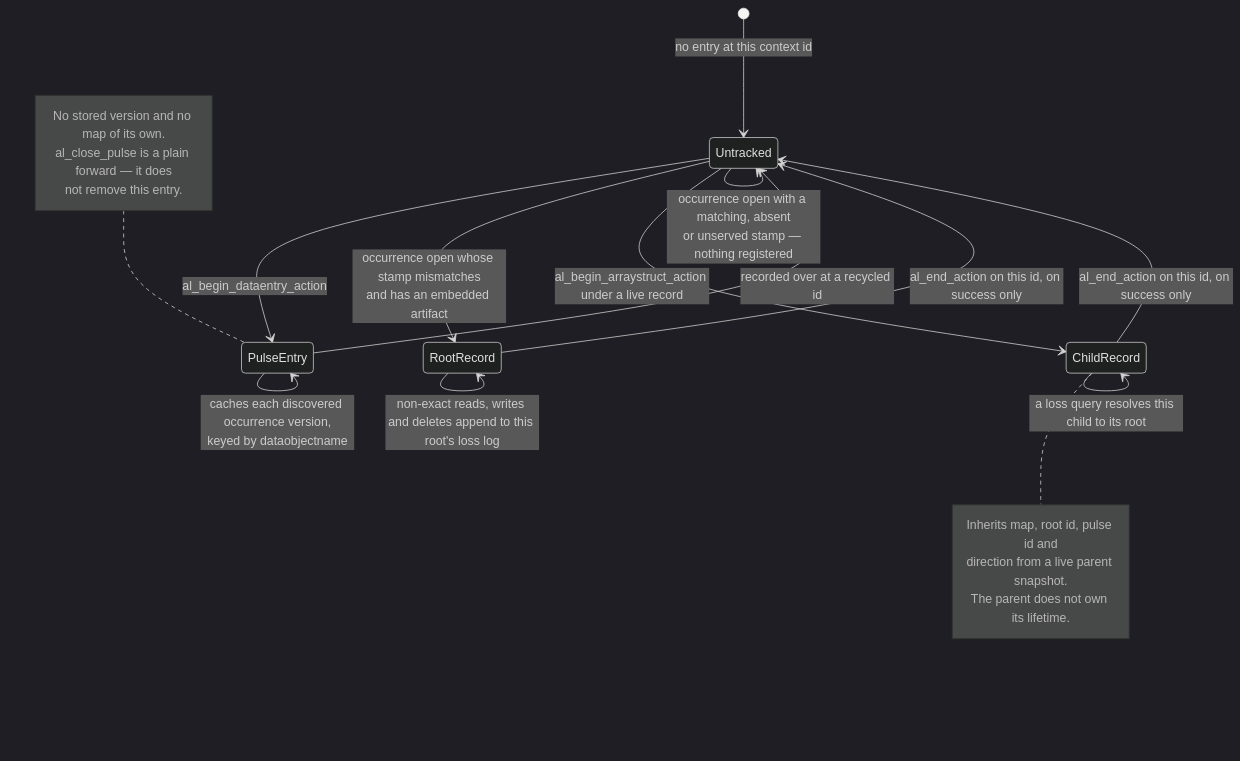
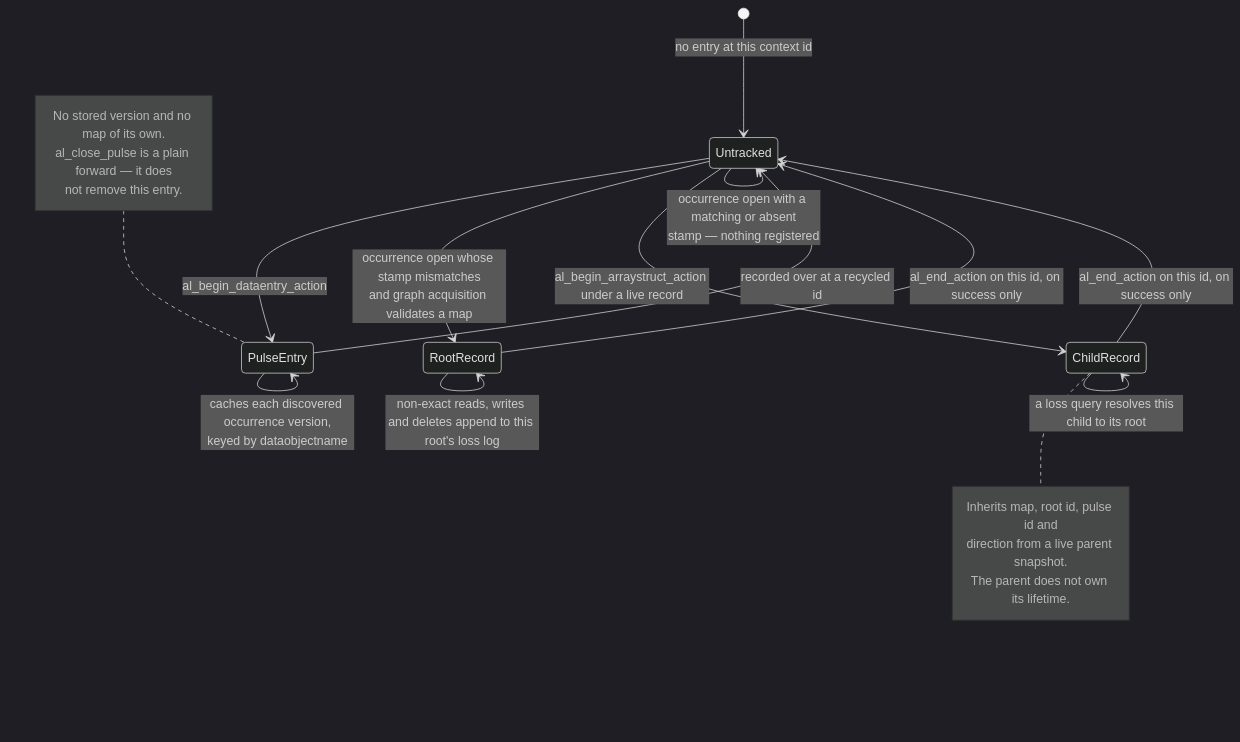
Diagram 11 of 11 in docs/ARCHITECTURE.md (yohannmarguier/IMAS-Multiversion-DD-Loader), drawn with Mermaid (dark theme) before and after one commit. The commit also changed other lines of this file and 22 other files, not shown here.

Commit message:
feat: select graph maps in production

````diff
--- a/docs/ARCHITECTURE.md
+++ b/docs/ARCHITECTURE.md
@@ -755,29 +756,29 @@
 ```mermaid
 stateDiagram-v2
     [*] --> Untracked : no entry at this context id
 
     Untracked --> PulseEntry : al_begin_dataentry_action
-    Untracked --> RootRecord : occurrence open whose stamp mismatches<br/>and has an embedded artifact
+    Untracked --> RootRecord : occurrence open whose stamp mismatches<br/>and graph acquisition validates a map
     Untracked --> ChildRecord : al_begin_arraystruct_action under a live record
-    Untracked --> Untracked : occurrence open with a matching, absent<br/>or unserved stamp — nothing registered
+    Untracked --> Untracked : occurrence open with a matching or absent<br/>stamp — nothing registered
 
     PulseEntry --> PulseEntry : caches each discovered occurrence version,<br/>keyed by dataobjectname
     RootRecord --> RootRecord : non-exact reads, writes and deletes append to this root's loss log
     ChildRecord --> ChildRecord : a loss query resolves this child to its root
 
     RootRecord --> Untracked : al_end_action on this id, on success only
     ChildRecord --> Untracked : al_end_action on this id, on success only
     PulseEntry --> Untracked : recorded over at a recycled id
 
     note left of PulseEntry
         No stored version and no map of its own.
         al_close_pulse is a plain forward — it does
         not remove this entry.
     end note
 
     note right of ChildRecord
         Inherits map, root id, pulse id and
         direction from a live parent snapshot.
         The parent does not own its lifetime.
     end note
 ```
````
